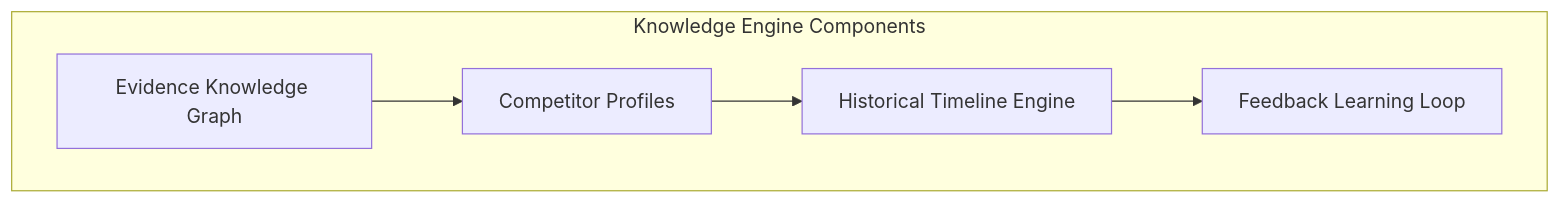
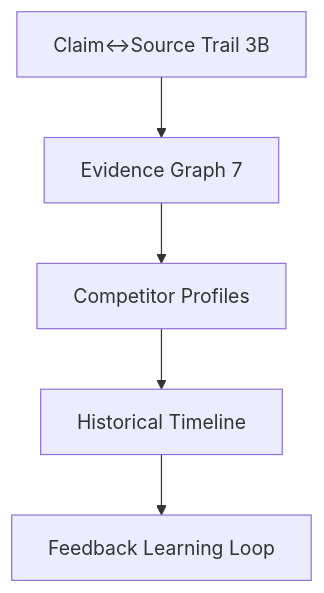
One commit to Pasidu-Mihiranga/Veracity changed diagram 11 of 12 in docs/phase_by_phase_improvement_plan.md. Above: the diagram before and after it, drawn with Mermaid. The commit also changed other lines of this file and 1 other file, not shown here.

````diff
--- a/docs/phase_by_phase_improvement_plan.md
+++ b/docs/phase_by_phase_improvement_plan.md
@@ -807,8 +1274,7 @@
 ```mermaid
 graph TD
-    subgraph "Knowledge Engine Components"
-        KG["Evidence Knowledge Graph"] --> Profiles["Competitor Profiles"]
-        Profiles --> Timeline["Historical Timeline Engine"]
-        Timeline --> Learning["Feedback Learning Loop"]
-    end
+    Trail["Claim↔Source Trail 3B"] --> EG["Evidence Graph 7"]
+    EG --> Profiles["Competitor Profiles"]
+    Profiles --> Timeline["Historical Timeline"]
+    Timeline --> Learn["Feedback Learning Loop"]
 ```
````
